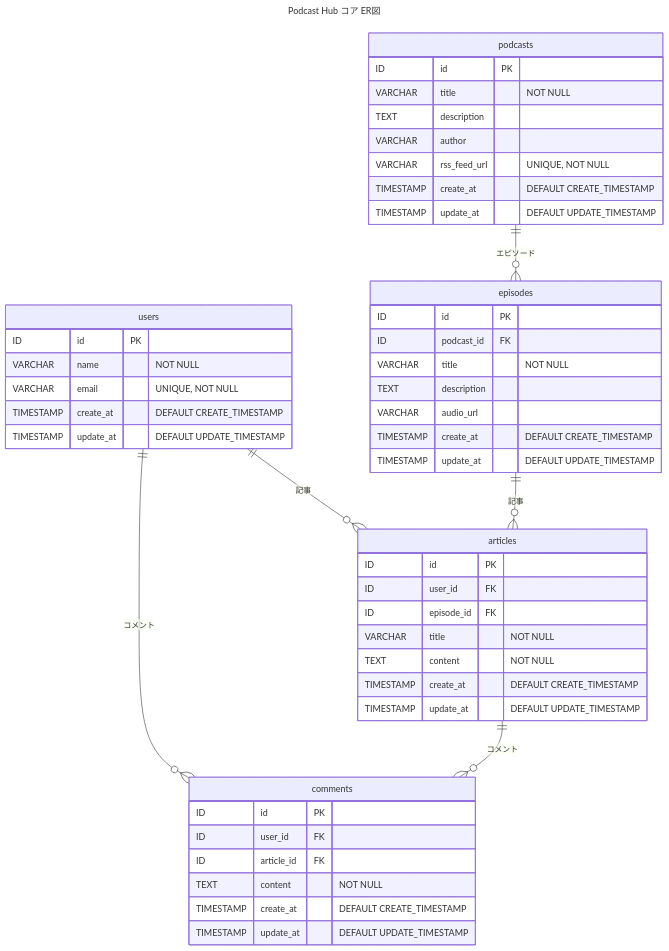
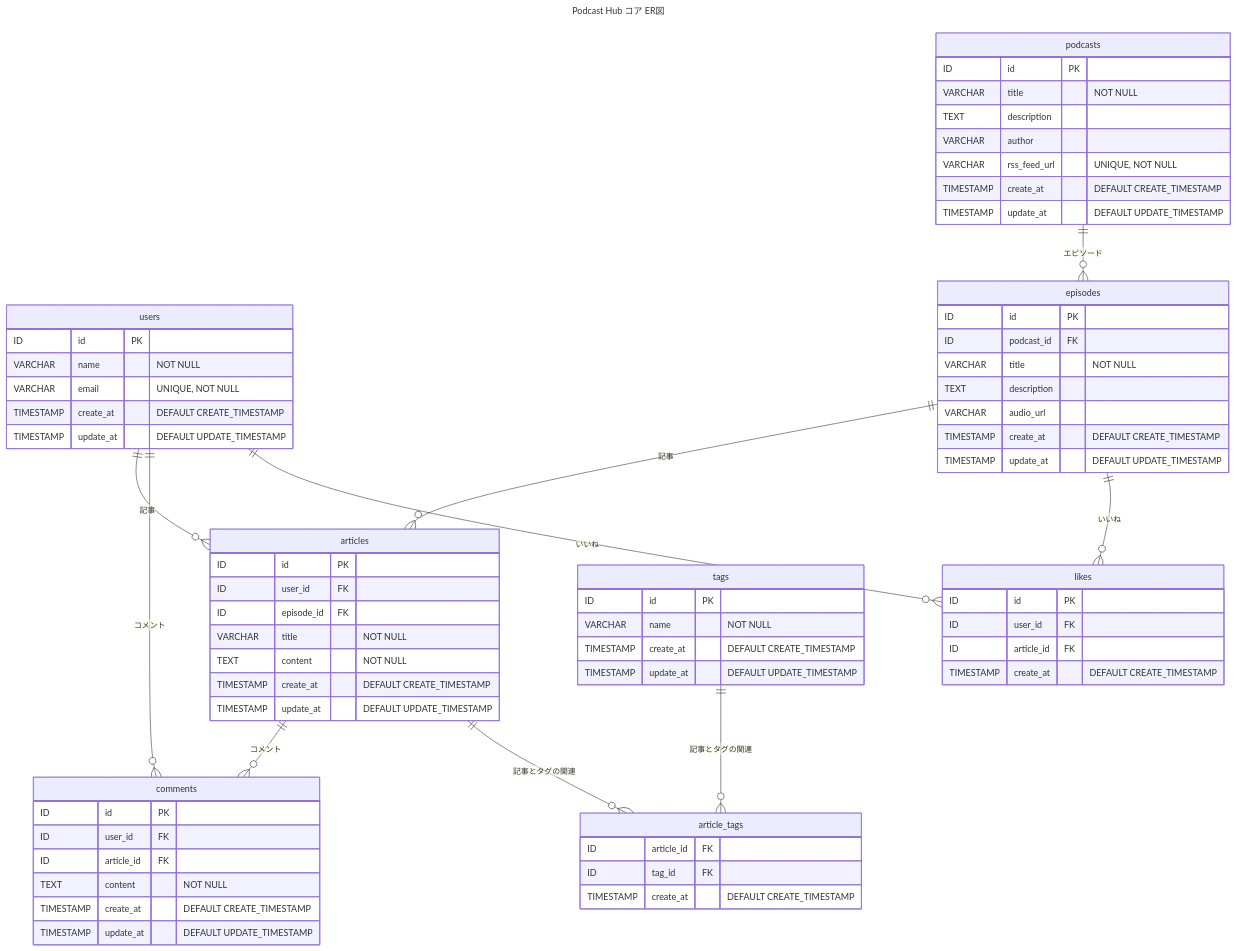
Before and after one commit to TokiyaHorikawa/podcast-hub: the diagram in docs/database.md, drawn with Mermaid.

Commit message:
docs: Articlesの「いいね」「タグ」に関連するDB設計

````diff
--- a/docs/database.md
+++ b/docs/database.md
@@ -3,58 +3,82 @@
 ```mermaid
 ---
 title: "Podcast Hub コア ER図"
 ---
 erDiagram
     users ||--o{ articles : "記事"
     podcasts ||--o{ episodes : "エピソード"
     episodes ||--o{ articles : "記事"
     articles ||--o{ comments : "コメント"
     users ||--o{ comments : "コメント"
+    episodes ||--o{ likes : "いいね"
+    users ||--o{ likes : "いいね"
+    articles ||--o{ article_tags : "記事とタグの関連"
+    tags ||--o{ article_tags : "記事とタグの関連"
 
     users {
         ID id PK
         VARCHAR name "NOT NULL"
         VARCHAR email "UNIQUE, NOT NULL"
         TIMESTAMP create_at "DEFAULT CREATE_TIMESTAMP"
         TIMESTAMP update_at "DEFAULT UPDATE_TIMESTAMP"
     }
 
     articles {
         ID id PK
         ID user_id FK
         ID episode_id FK
         VARCHAR title "NOT NULL"
         TEXT content "NOT NULL"
         TIMESTAMP create_at "DEFAULT CREATE_TIMESTAMP"
         TIMESTAMP update_at "DEFAULT UPDATE_TIMESTAMP"
     }
 
     podcasts {
         ID id PK
         VARCHAR title "NOT NULL"
         TEXT description
         VARCHAR author
         VARCHAR rss_feed_url "UNIQUE, NOT NULL"
         TIMESTAMP create_at "DEFAULT CREATE_TIMESTAMP"
         TIMESTAMP update_at "DEFAULT UPDATE_TIMESTAMP"
     }
 
     episodes {
         ID id PK
         ID podcast_id FK
         VARCHAR title "NOT NULL"
         TEXT description
         VARCHAR audio_url
         TIMESTAMP create_at "DEFAULT CREATE_TIMESTAMP"
         TIMESTAMP update_at "DEFAULT UPDATE_TIMESTAMP"
     }
 
     comments {
         ID id PK
         ID user_id FK
         ID article_id FK
         TEXT content "NOT NULL"
         TIMESTAMP create_at "DEFAULT CREATE_TIMESTAMP"
         TIMESTAMP update_at "DEFAULT UPDATE_TIMESTAMP"
     }
+
+    likes {
+        ID id PK
+        ID user_id FK
+        ID article_id FK
+        TIMESTAMP create_at "DEFAULT CREATE_TIMESTAMP"
+    }
+
+    tags {
+        ID id PK
+        VARCHAR name "NOT NULL"
+        TIMESTAMP create_at "DEFAULT CREATE_TIMESTAMP"
+        TIMESTAMP update_at "DEFAULT UPDATE_TIMESTAMP"
+    }
+
+    article_tags {
+        ID article_id FK
+        ID tag_id FK
+        TIMESTAMP create_at "DEFAULT CREATE_TIMESTAMP"
+    }
 ```
````
